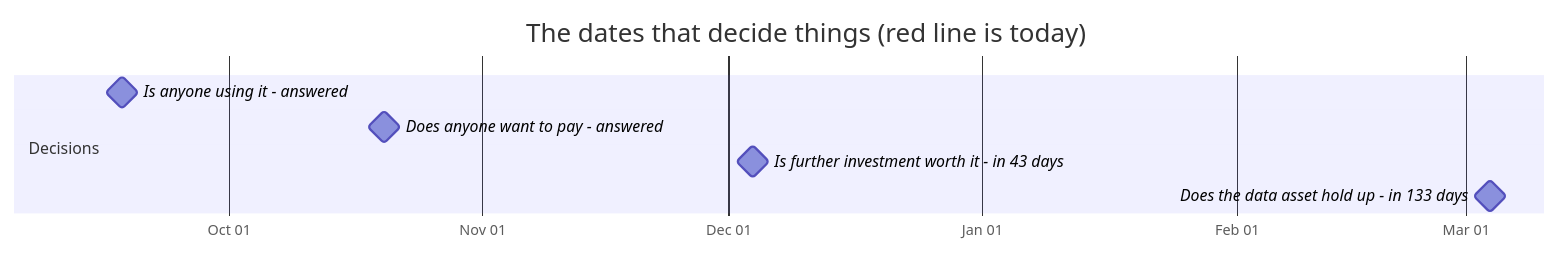
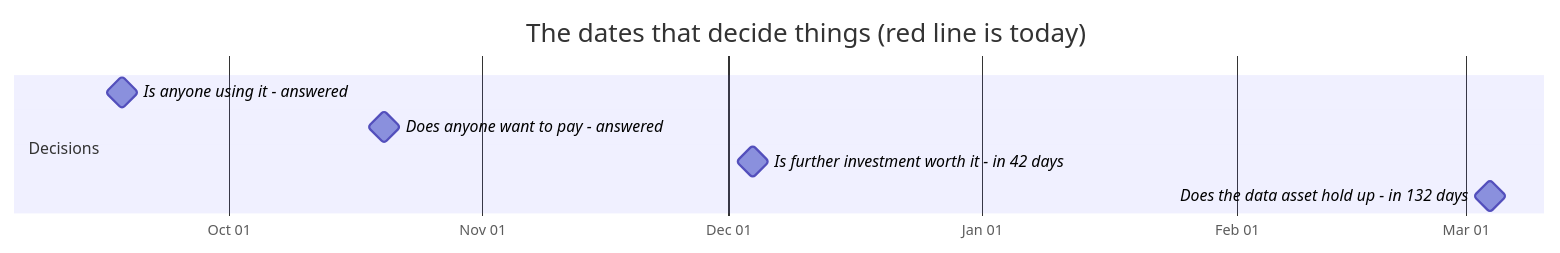
The first of 2 diagrams in docs/OWNER.md (jakegu1/vetagent), drawn with Mermaid before and after one commit. The commit also changed other lines of this file and 1 other file, not shown here.

````diff
--- a/docs/OWNER.md
+++ b/docs/OWNER.md
@@ -67,12 +67,12 @@
 ```mermaid
 gantt
     dateFormat YYYY-MM-DD
     axisFormat %b %d
     todayMarker stroke-width:3px,stroke:#d33,stroke-dasharray:0
     title The dates that decide things (red line is today)
     section Decisions
     Is anyone using it - answered :milestone, 2026-09-18, 0d
     Does anyone want to pay - answered :milestone, 2026-10-20, 0d
-    Is further investment worth it - in 43 days :milestone, 2026-12-04, 0d
-    Does the data asset hold up - in 133 days :milestone, 2027-03-04, 0d
+    Is further investment worth it - in 42 days :milestone, 2026-12-04, 0d
+    Does the data asset hold up - in 132 days :milestone, 2027-03-04, 0d
 ```
````
